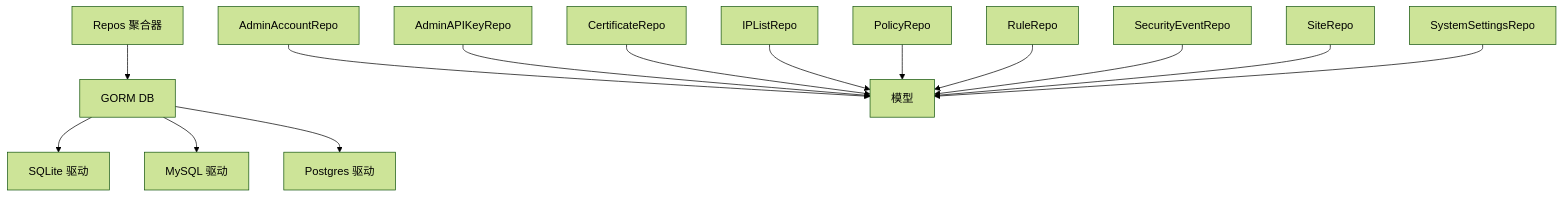
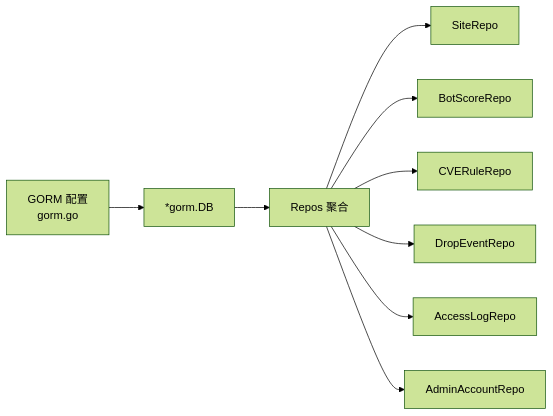
One commit to x01n/My-OpenWaf changed the seventh of 7 diagrams in docs/数据存储层/数据访问层设计.md. Above: the diagram before and after it, drawn with Mermaid (forest theme). The commit also changed other lines of this file and 199 other files, not shown here.

````diff
--- a/docs/数据存储层/数据访问层设计.md
+++ b/docs/数据存储层/数据访问层设计.md
@@ -449,16 +287,11 @@
 ```mermaid
-graph TB
-Repos["Repos 聚合器"] --> GormDB["GORM DB"]
-GormDB --> SQLite["SQLite 驱动"]
-GormDB --> MySQL["MySQL 驱动"]
-GormDB --> Postgres["Postgres 驱动"]
-AdminAccRepo["AdminAccountRepo"] --> Models["模型"]
-AdminKeyRepo["AdminAPIKeyRepo"] --> Models
-CertRepo["CertificateRepo"] --> Models
-IPListRepo["IPListRepo"] --> Models
-PolicyRepo["PolicyRepo"] --> Models
-RuleRepo["RuleRepo"] --> Models
-SecEventRepo["SecurityEventRepo"] --> Models
-SiteRepo["SiteRepo"] --> Models
-SysSetRepo["SystemSettingsRepo"] --> Models
+graph LR
+Gorm["GORM 配置<br/>gorm.go"] --> DB["*gorm.DB"]
+DB --> Repos["Repos 聚合"]
+Repos --> SiteRepo["SiteRepo"]
+Repos --> BotScoreRepo["BotScoreRepo"]
+Repos --> CVERuleRepo["CVERuleRepo"]
+Repos --> DropEventRepo["DropEventRepo"]
+Repos --> AccessLogRepo["AccessLogRepo"]
+Repos --> AdminAccountRepo["AdminAccountRepo"]
 ```
````
